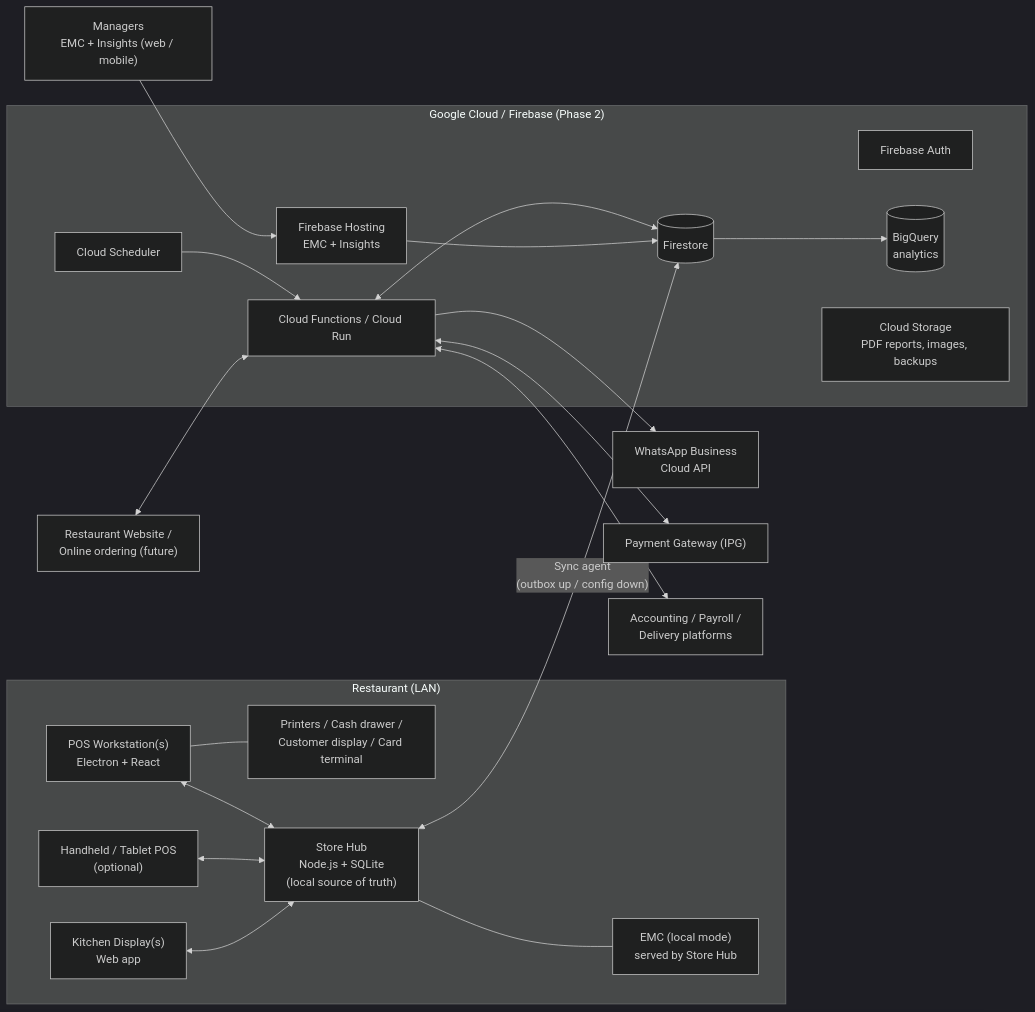
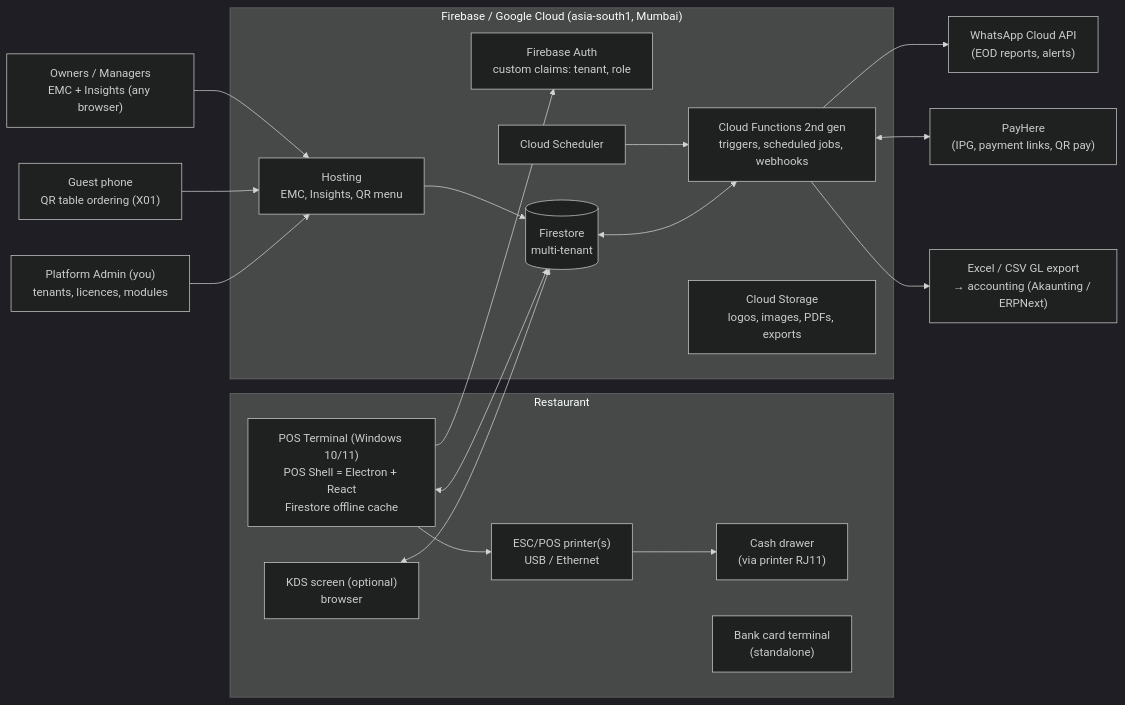
The diagram in docs/01-architecture.md (shehan-welagedara/Point-of-Sale-System), drawn with Mermaid (dark theme) before and after one commit. The commit also changed other lines of this file and 26 other files, not shown here.

First line of the commit message:
Revise design for online-first multi-tenant Firebase product; add Sri Lanka calculation engine

````diff
--- a/docs/01-architecture.md
+++ b/docs/01-architecture.md
@@ -36,38 +24,32 @@
 ```mermaid
 flowchart LR
-  subgraph Restaurant["Restaurant (LAN)"]
-    WS1["POS Workstation(s)<br/>Electron + React"]
-    HH["Handheld / Tablet POS<br/>(optional)"]
-    KDS["Kitchen Display(s)<br/>Web app"]
-    PRN["Printers / Cash drawer /<br/>Customer display / Card terminal"]
-    HUB["Store Hub<br/>Node.js + SQLite<br/>(local source of truth)"]
-    EMCL["EMC (local mode)<br/>served by Store Hub"]
-    WS1 <--> HUB
-    HH <--> HUB
-    KDS <--> HUB
-    WS1 --- PRN
-    HUB --- EMCL
+  subgraph Restaurant
+    POS["POS Terminal (Windows 10/11)<br/>POS Shell = Electron + React<br/>Firestore offline cache"]
+    PRN["ESC/POS printer(s)<br/>USB / Ethernet"]
+    CD["Cash drawer<br/>(via printer RJ11)"]
+    KDS["KDS screen (optional)<br/>browser"]
+    CARD["Bank card terminal<br/>(standalone)"]
+    POS --> PRN --> CD
   end
 
-  subgraph Cloud["Google Cloud / Firebase (Phase 2)"]
-    FS[(Firestore)]
-    AUTH[Firebase Auth]
-    CF[Cloud Functions / Cloud Run]
-    HOST[Firebase Hosting<br/>EMC + Insights]
-    BQ[(BigQuery<br/>analytics)]
-    GCS[Cloud Storage<br/>PDF reports, images, backups]
+  subgraph Firebase["Firebase / Google Cloud (asia-south1, Mumbai)"]
+    AUTH[Firebase Auth<br/>custom claims: tenant, role]
+    FS[(Firestore<br/>multi-tenant)]
+    CF[Cloud Functions 2nd gen<br/>triggers, scheduled jobs, webhooks]
+    HOST[Hosting<br/>EMC, Insights, QR menu]
+    GCS[Cloud Storage<br/>logos, images, PDFs, exports]
     SCH[Cloud Scheduler]
   end
 
-  HUB <-- "Sync agent<br/>(outbox up / config down)" --> FS
-  FS --> BQ
-  CF <--> FS
+  POS <--> FS
+  KDS <--> FS
+  POS --> AUTH
+  MGR["Owners / Managers<br/>EMC + Insights (any browser)"] --> HOST --> FS
   SCH --> CF
-  HOST --> FS
-
-  MGR["Managers<br/>EMC + Insights (web / mobile)"] --> HOST
-  CF --> WA["WhatsApp Business<br/>Cloud API"]
-  CF <--> IPG["Payment Gateway (IPG)"]
-  WEB["Restaurant Website /<br/>Online ordering (future)"] <--> CF
-  CF <--> ACC["Accounting / Payroll /<br/>Delivery platforms"]
+  FS <--> CF
+  CF --> WA["WhatsApp Cloud API<br/>(EOD reports, alerts)"]
+  CF <--> PH["PayHere<br/>(IPG, payment links, QR pay)"]
+  GUEST["Guest phone<br/>QR table ordering (X01)"] --> HOST
+  CF --> XL["Excel / CSV GL export<br/>→ accounting (Akaunting / ERPNext)"]
+  PADMIN["Platform Admin (you)<br/>tenants, licences, modules"] --> HOST
 ```
````
